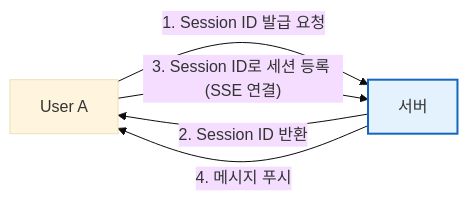
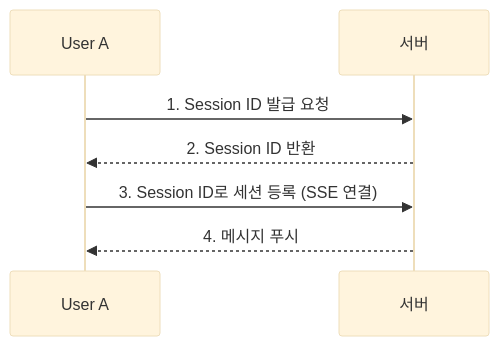
One commit to yumin00/blog changed diagram 21 of 26 in content/post/Network/SSE-vs-HTTP-Stream-vs-WebSocket.md. Above: the diagram before and after it, drawn with Mermaid (base theme). The commit also changed other lines of this file, not shown here.

Commit message:
chore: SSE vs HTTP Streaming vs WebSocket - 실시간 통신 3총사 완전 정복

````diff
--- a/content/post/Network/SSE-vs-HTTP-Stream-vs-WebSocket.md
+++ b/content/post/Network/SSE-vs-HTTP-Stream-vs-WebSocket.md
@@ -1114,9 +1114,10 @@
 ```mermaid
-flowchart LR
-    User["User A"] -->|"1. Session ID 발급 요청"| Server["서버"]
-    Server -->|"2. Session ID 반환"| User
-    User -->|"3. Session ID로 세션 등록 (SSE 연결)"| Server
-    Server -->|"4. 메시지 푸시"| User
+sequenceDiagram
+    participant User as User A
+    participant Server as 서버
 
-    style Server fill:#e3f2fd,stroke:#1565c0,stroke-width:2px
+    User->>Server: 1. Session ID 발급 요청
+    Server-->>User: 2. Session ID 반환
+    User->>Server: 3. Session ID로 세션 등록 (SSE 연결)
+    Server-->>User: 4. 메시지 푸시
 ```
````
